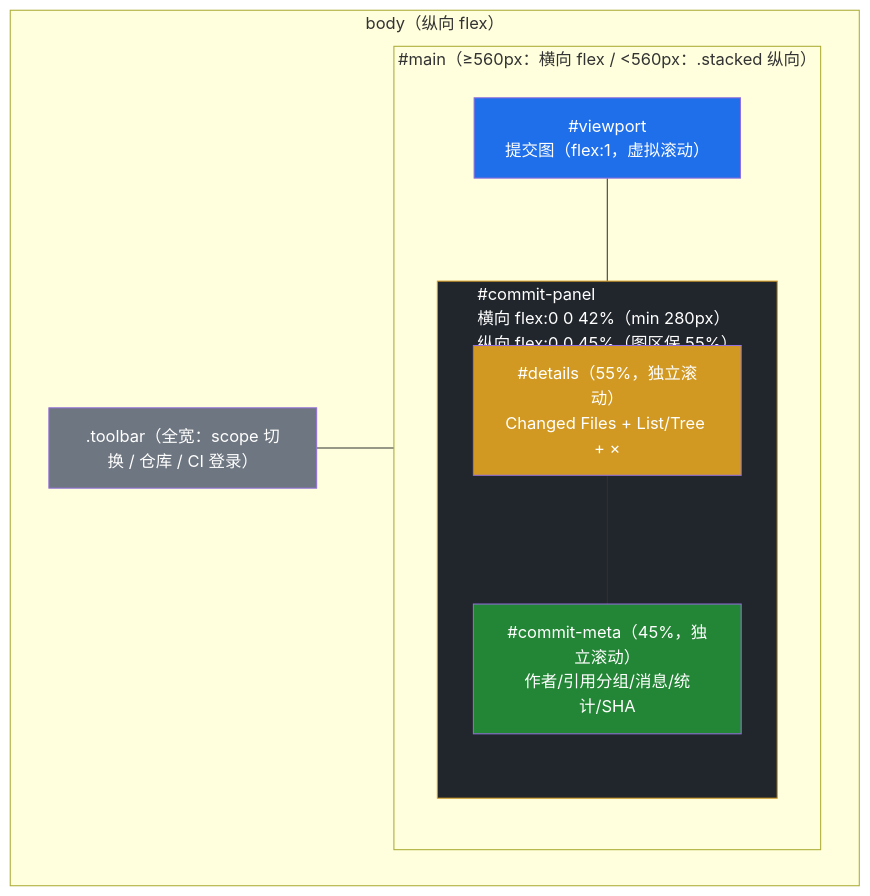
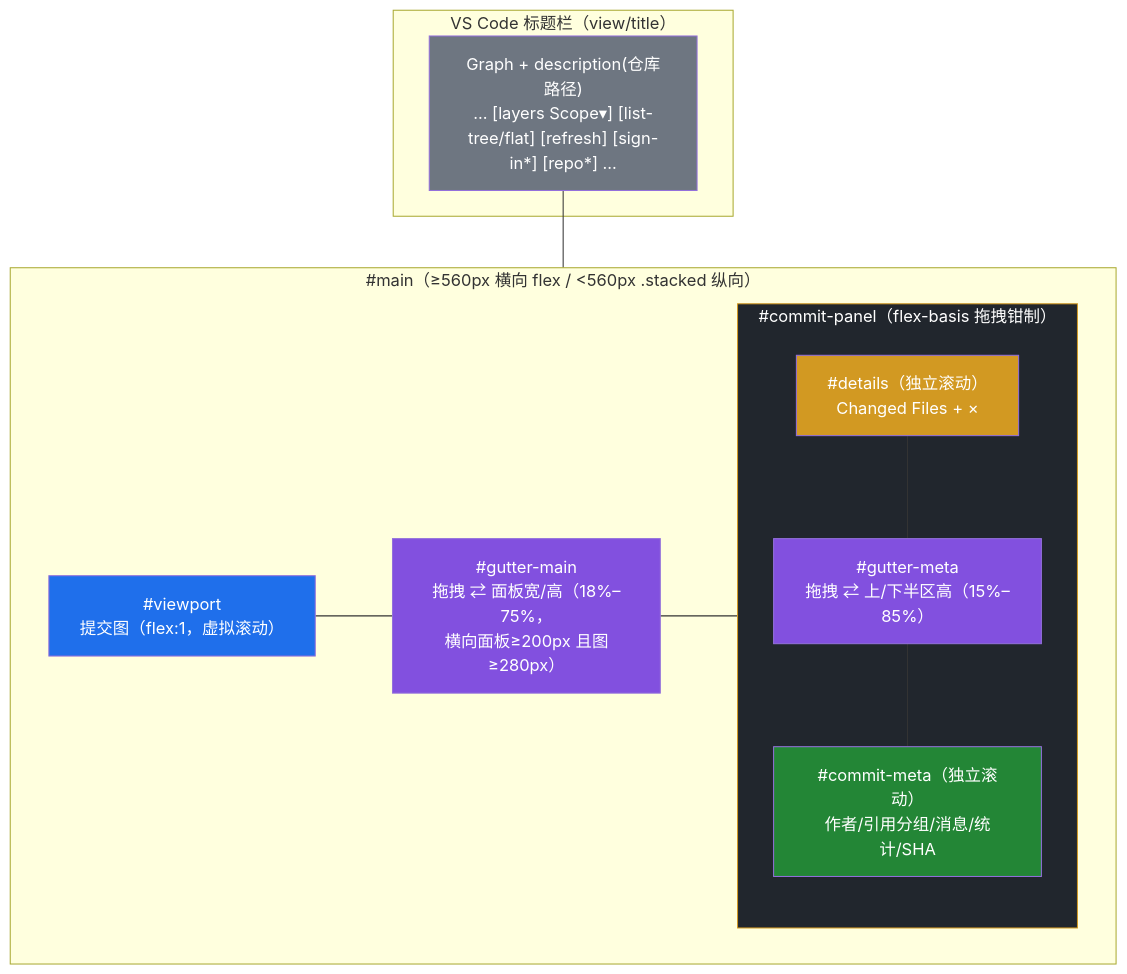
One commit to ThreeFish-AI/hyper-git changed the first of 2 diagrams in docs/features/log-commit-detail-panel.md. Above: the diagram before and after it, drawn with Mermaid. The commit also changed other lines of this file and 9 other files, not shown here.

````diff
--- a/docs/features/log-commit-detail-panel.md
+++ b/docs/features/log-commit-detail-panel.md
@@ -9,21 +17,25 @@
 ```mermaid
 flowchart TB
-  subgraph body["body（纵向 flex）"]
-    T[".toolbar（全宽：scope 切换 / 仓库 / CI 登录）"]
-    subgraph main["#main（≥560px：横向 flex / &lt;560px：.stacked 纵向）"]
-      VP["#viewport<br/>提交图（flex:1，虚拟滚动）"]
-      subgraph panel["#commit-panel<br/>横向 flex:0 0 42%（min 280px）<br/>纵向 flex:0 0 45%（图区保 55%）"]
-        D["#details（55%，独立滚动）<br/>Changed Files + List/Tree + ×"]
-        M["#commit-meta（45%，独立滚动）<br/>作者/引用分组/消息/统计/SHA"]
-      end
+  subgraph shell["VS Code 标题栏（view/title）"]
+    H["Graph + description(仓库路径)<br/>… [layers Scope▾] [list-tree/flat] [refresh] [sign-in*] [repo*] …"]
+  end
+  subgraph main["#main（≥560px 横向 flex / &lt;560px .stacked 纵向）"]
+    VP["#viewport<br/>提交图（flex:1，虚拟滚动）"]
+    G1["#gutter-main<br/>拖拽 ⇄ 面板宽/高（18%–75%，<br/>横向面板≥200px 且图≥280px）"]
+    subgraph panel["#commit-panel（flex-basis 拖拽钳制）"]
+      D["#details（独立滚动）<br/>Changed Files + ×"]
+      G2["#gutter-meta<br/>拖拽 ⇄ 上/下半区高（15%–85%）"]
+      M["#commit-meta（独立滚动）<br/>作者/引用分组/消息/统计/SHA"]
     end
   end
-  T --- main
-  VP --- panel
-  D --- M
-  style T fill:#6e7681,color:#fff
+  H --- main
+  VP --- G1 --- panel
+  D --- G2 --- M
+  style H fill:#6e7681,color:#fff
   style VP fill:#1f6feb,color:#fff
+  style G1 fill:#8250df,color:#fff
+  style G2 fill:#8250df,color:#fff
   style panel fill:#21262d,stroke:#d29922,color:#fff
   style D fill:#d29922,color:#fff
   style M fill:#238636,color:#fff
 ```
````
